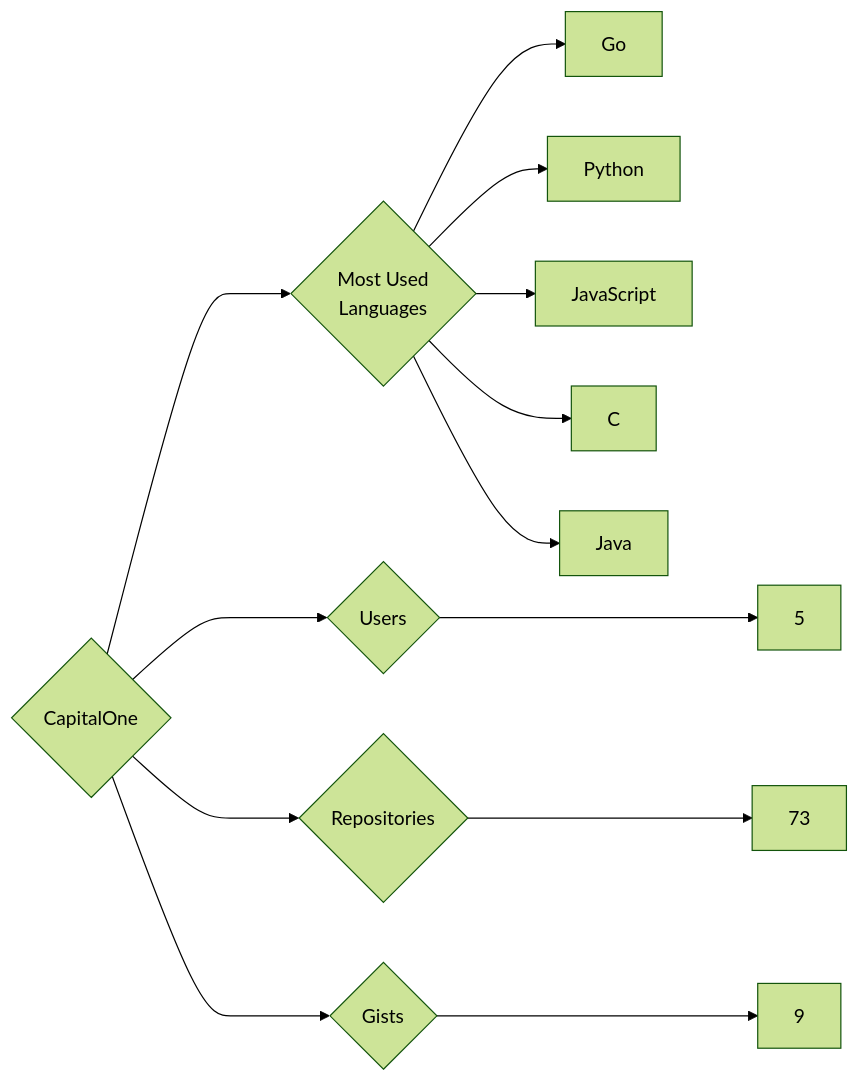
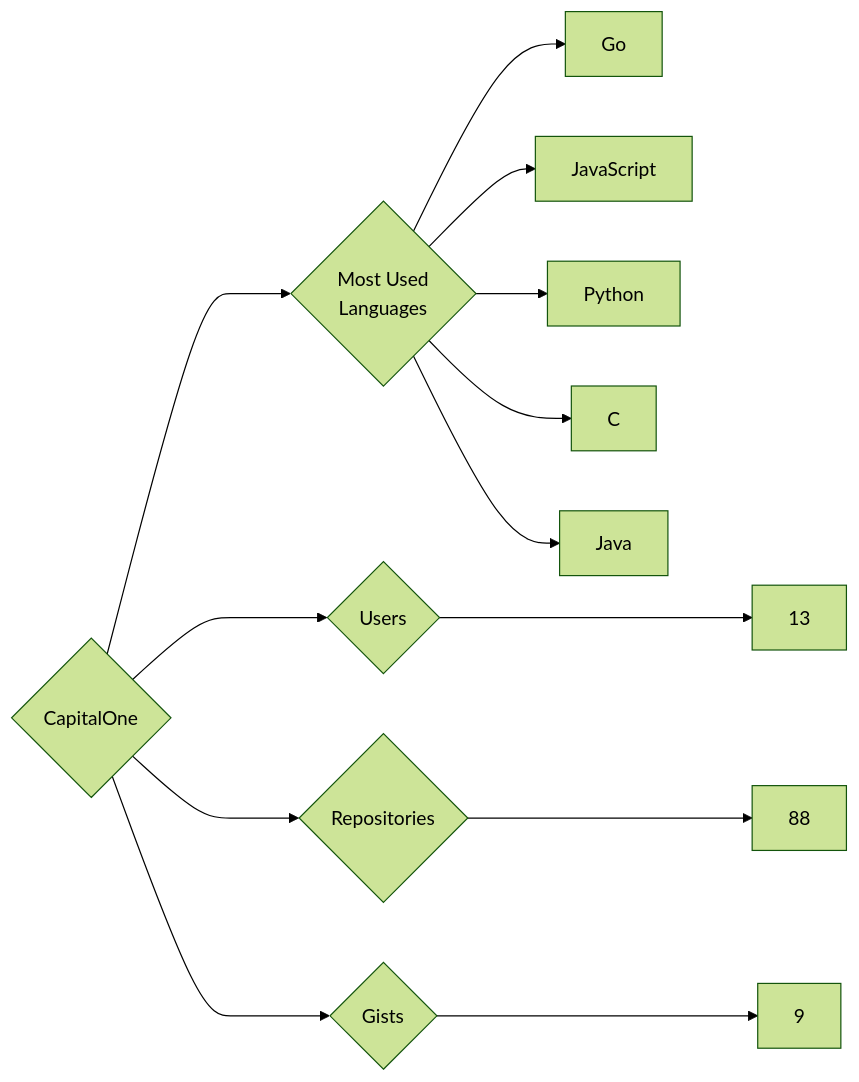
The diagram in targets/CapitalOne/README.md (trickest/insiders), drawn with Mermaid (forest theme) before and after one commit. The commit also changed 772 other files, not shown here.

````diff
--- a/targets/CapitalOne/README.md
+++ b/targets/CapitalOne/README.md
@@ -3,13 +3,13 @@
 ```mermaid
 graph LR
 COMPANY_NAME{CapitalOne}
-COMPANY_NAME ---> U{Users} ---> UN[5]
-COMPANY_NAME ---> R{Repositories} ---> RN[73]
+COMPANY_NAME ---> U{Users} ---> UN[13]
+COMPANY_NAME ---> R{Repositories} ---> RN[88]
 COMPANY_NAME ---> G{Gists} ---> GN[9]
 COMPANY_NAME ---> ML{Most Used<br>Languages}
 ML --> Go[Go]
+ML --> JavaScript[JavaScript]
 ML --> Python[Python]
-ML --> JavaScript[JavaScript]
 ML --> C[C]
 ML --> Java[Java]
 ```
````
